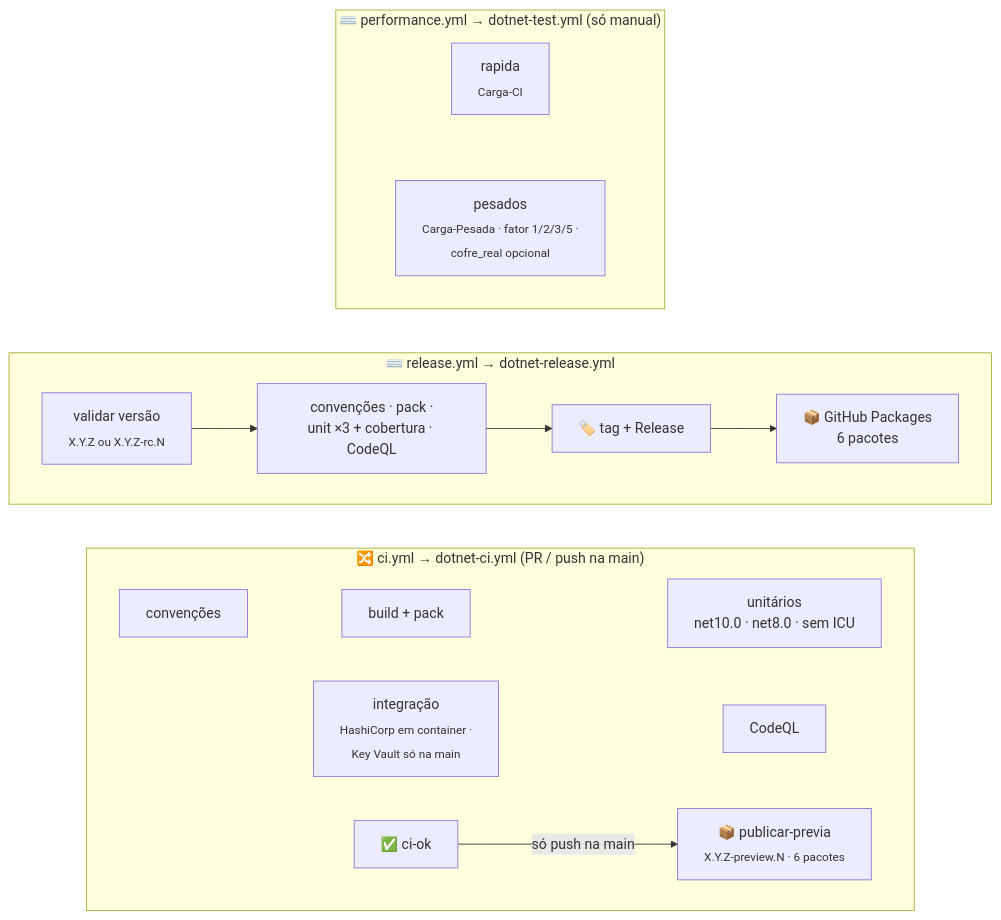
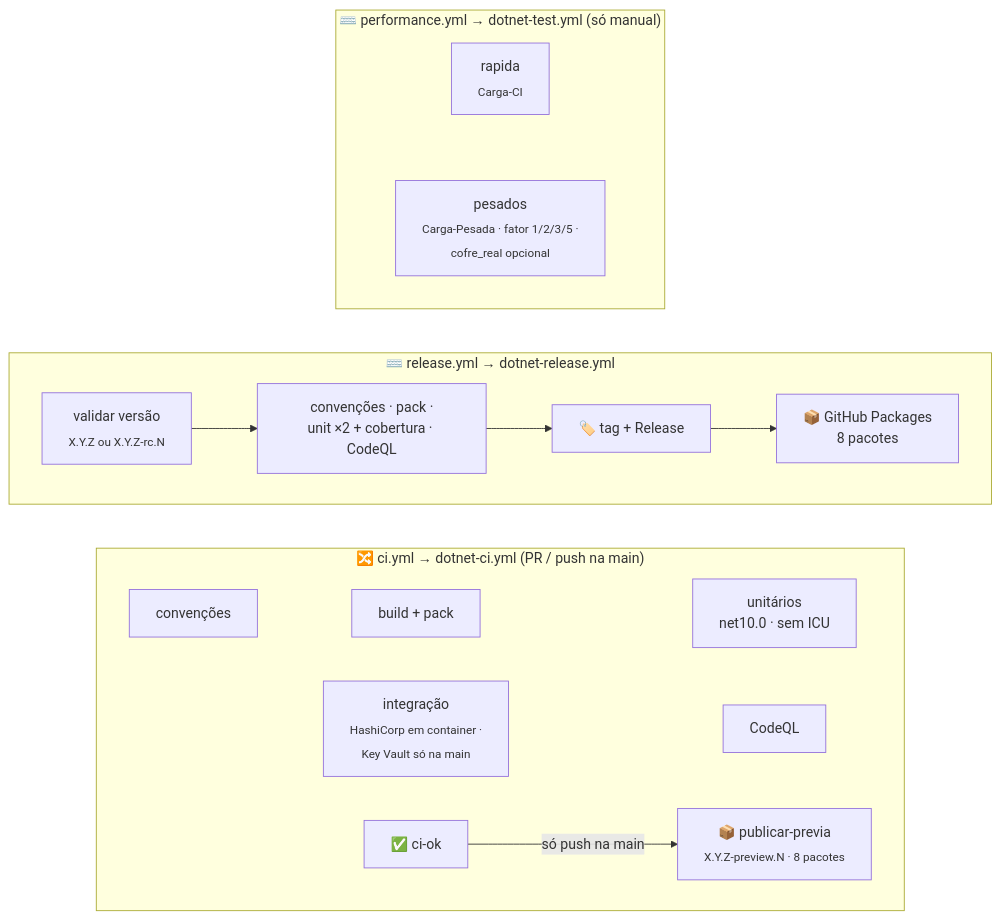
One commit to tudoemcodigo/lib-tec-vault changed the first of 2 diagrams in .github/workflows/README.md. Above: the diagram before and after it, drawn with Mermaid. The commit also changed other lines of this file and 98 other files, not shown here.

````diff
--- a/.github/workflows/README.md
+++ b/.github/workflows/README.md
@@ -30,16 +30,16 @@
 ```mermaid
 flowchart LR
     subgraph PR["🔀 ci.yml → dotnet-ci.yml (PR / push na main)"]
         direction LR
-        CV["convenções"] ~~~ BP["build + pack"] ~~~ U["unitários<br/>net10.0 · net8.0 · sem ICU"]
+        CV["convenções"] ~~~ BP["build + pack"] ~~~ U["unitários<br/>net10.0 · sem ICU"]
         IT["integração<br/><sub>HashiCorp em container ·<br/>Key Vault só na main</sub>"] ~~~ CQ["CodeQL"]
-        OK["✅ ci-ok"] -- "só push na main" --> PV["📦 publicar-previa<br/><sub>X.Y.Z-preview.N · 6 pacotes</sub>"]
+        OK["✅ ci-ok"] -- "só push na main" --> PV["📦 publicar-previa<br/><sub>X.Y.Z-preview.N · 8 pacotes</sub>"]
     end
     subgraph REL["⌨️ release.yml → dotnet-release.yml"]
         direction LR
-        V["validar versão<br/><sub>X.Y.Z ou X.Y.Z-rc.N</sub>"] --> G["convenções · pack ·<br/>unit ×3 + cobertura · CodeQL"] --> TAG["🏷️ tag + Release"] --> PUB["📦 GitHub Packages<br/>6 pacotes"]
+        V["validar versão<br/><sub>X.Y.Z ou X.Y.Z-rc.N</sub>"] --> G["convenções · pack ·<br/>unit ×2 + cobertura · CodeQL"] --> TAG["🏷️ tag + Release"] --> PUB["📦 GitHub Packages<br/>8 pacotes"]
     end
     subgraph PERF["⌨️ performance.yml → dotnet-test.yml (só manual)"]
         RA["rapida<br/><sub>Carga-CI</sub>"] ~~~ HV["pesados<br/><sub>Carga-Pesada · fator 1/2/3/5 ·<br/>cofre_real opcional</sub>"]
     end
 ```
````
